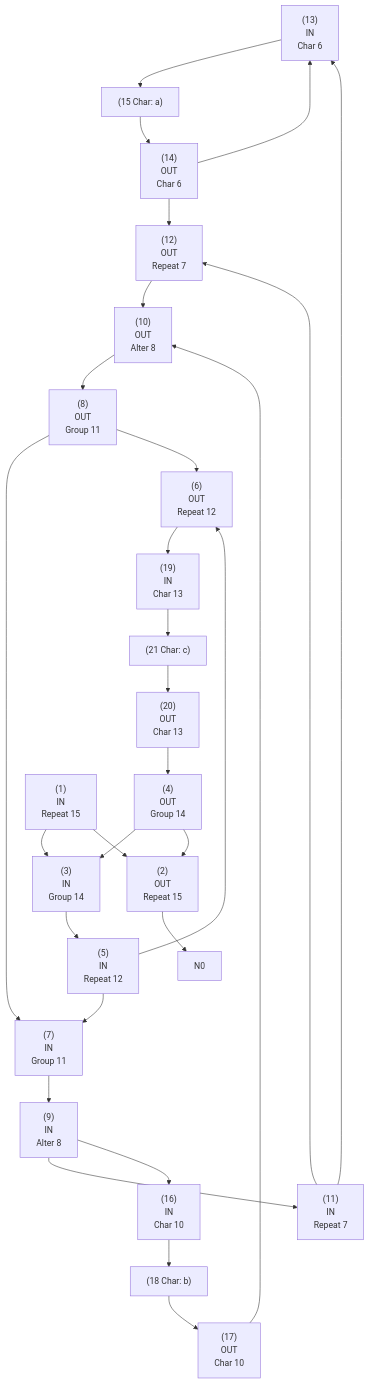
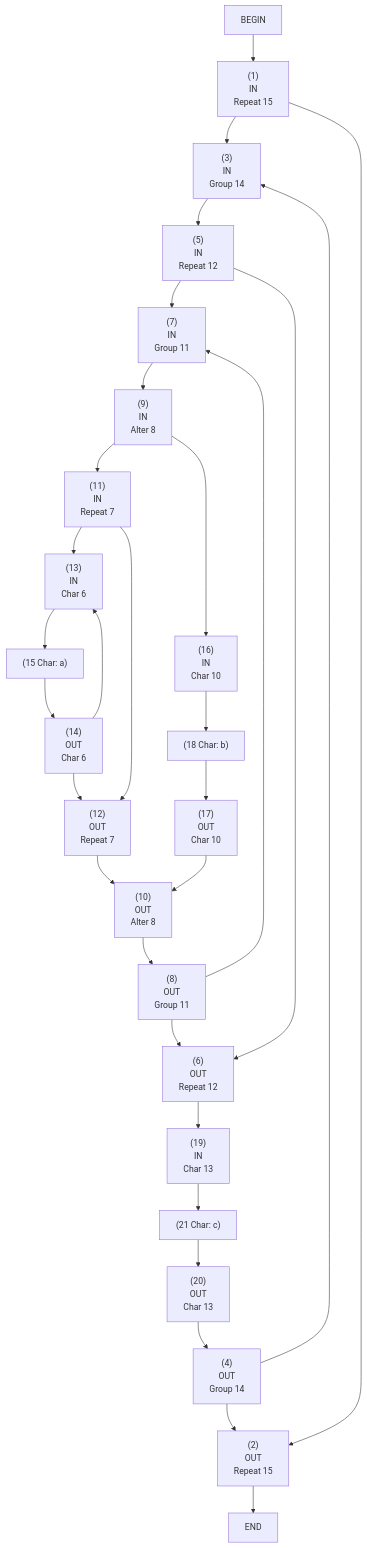
Before and after one commit to ccyybn/curious-regex: the first of 2 diagrams in README.md, drawn with Mermaid.

````diff
--- a/README.md
+++ b/README.md
@@ -49,31 +49,33 @@
 ```mermaid
 flowchart
+    N22["BEGIN"] --> N1
     N13["(13)<br/>IN<br/>Char 6"] --> N15
     N14["(14)<br/>OUT<br/>Char 6"] --> N13
     N14["(14)<br/>OUT<br/>Char 6"] --> N12
     N15["(15 Char: a)<br/>"] --> N14
     N11["(11)<br/>IN<br/>Repeat 7"] --> N13
     N11["(11)<br/>IN<br/>Repeat 7"] --> N12
     N12["(12)<br/>OUT<br/>Repeat 7"] --> N10
     N16["(16)<br/>IN<br/>Char 10"] --> N18
     N17["(17)<br/>OUT<br/>Char 10"] --> N10
     N18["(18 Char: b)<br/>"] --> N17
     N9["(9)<br/>IN<br/>Alter 8"] --> N11
     N9["(9)<br/>IN<br/>Alter 8"] --> N16
     N10["(10)<br/>OUT<br/>Alter 8"] --> N8
     N7["(7)<br/>IN<br/>Group 11"] --> N9
     N8["(8)<br/>OUT<br/>Group 11"] --> N7
     N8["(8)<br/>OUT<br/>Group 11"] --> N6
     N5["(5)<br/>IN<br/>Repeat 12"] --> N7
     N5["(5)<br/>IN<br/>Repeat 12"] --> N6
     N6["(6)<br/>OUT<br/>Repeat 12"] --> N19
     N19["(19)<br/>IN<br/>Char 13"] --> N21
     N20["(20)<br/>OUT<br/>Char 13"] --> N4
     N21["(21 Char: c)<br/>"] --> N20
     N3["(3)<br/>IN<br/>Group 14"] --> N5
     N4["(4)<br/>OUT<br/>Group 14"] --> N3
     N4["(4)<br/>OUT<br/>Group 14"] --> N2
     N1["(1)<br/>IN<br/>Repeat 15"] --> N3
     N1["(1)<br/>IN<br/>Repeat 15"] --> N2
     N2["(2)<br/>OUT<br/>Repeat 15"] --> N0
+    N0["END"]
 ```
````
